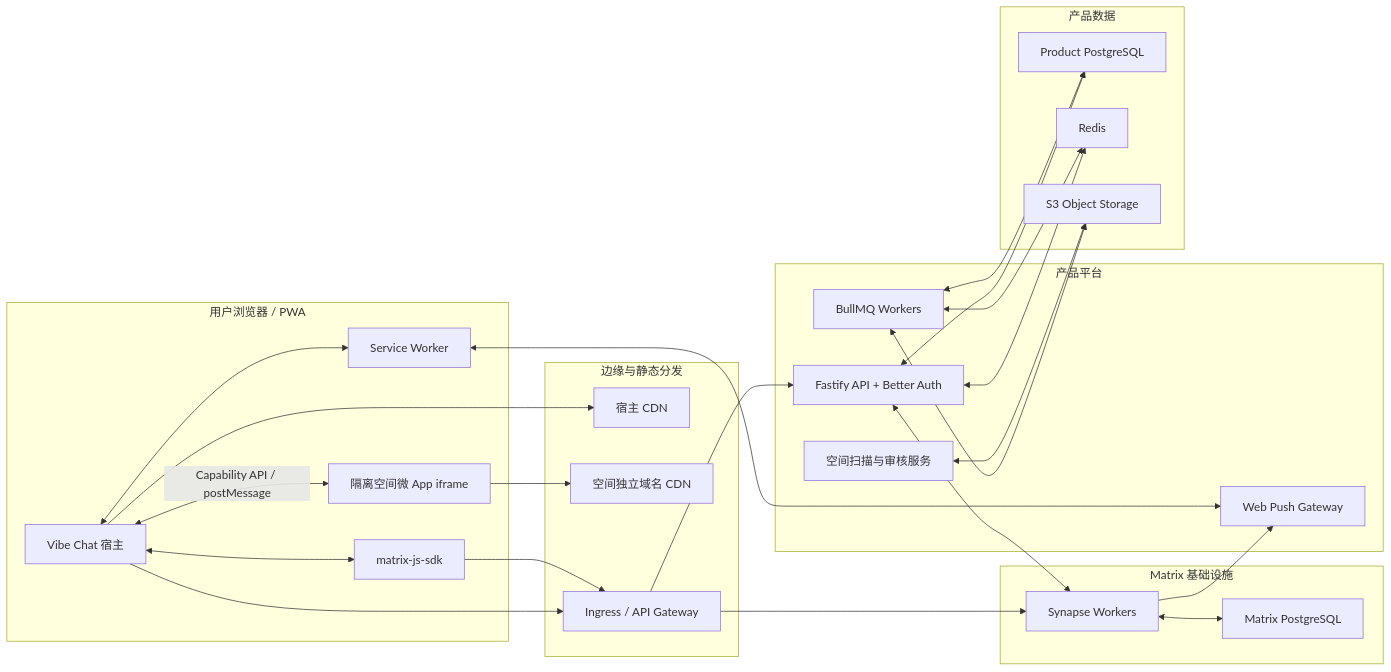
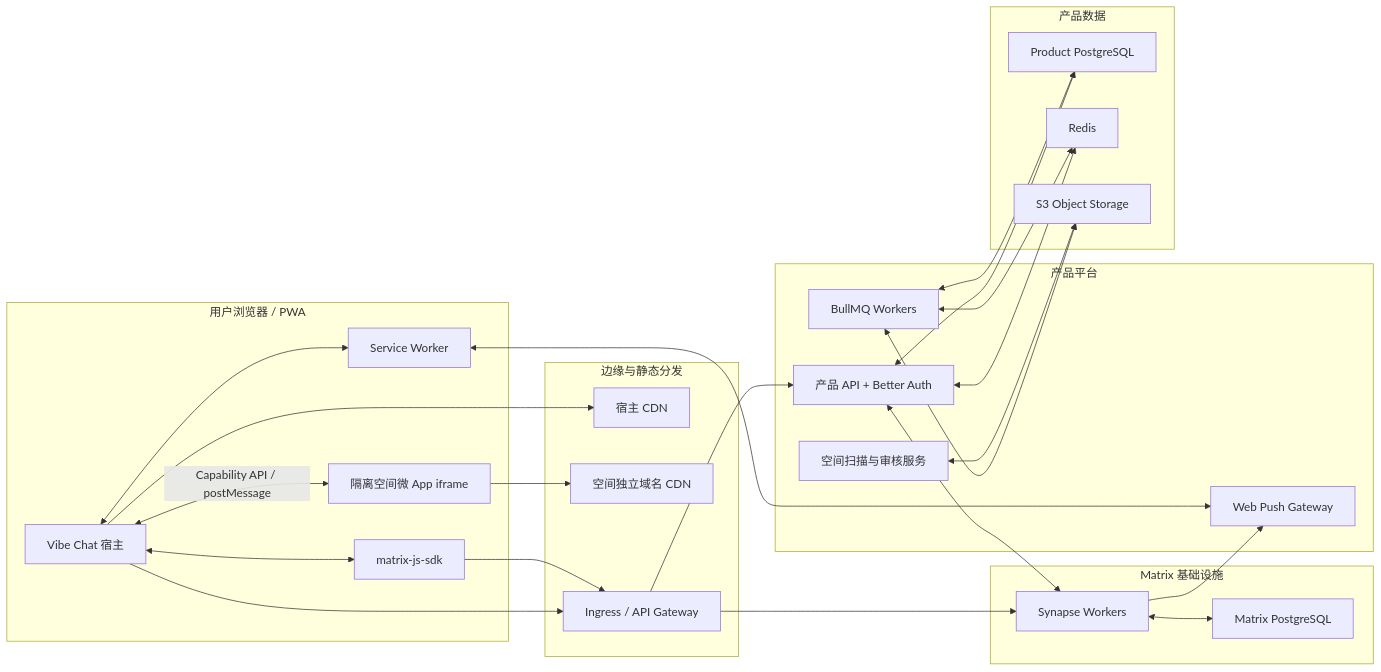
Before and after one commit to ziyu/vibechat: the first of 5 diagrams in docs/PRODUCT_AND_TECH_DESIGN.md, drawn with Mermaid. The commit also changed other lines of this file, not shown here.

Commit message:
docs: update product API schema decisions

````diff
--- a/docs/PRODUCT_AND_TECH_DESIGN.md
+++ b/docs/PRODUCT_AND_TECH_DESIGN.md
@@ -213,51 +209,51 @@
 ```mermaid
 flowchart LR
     subgraph Browser["用户浏览器 / PWA"]
         Host["Vibe Chat 宿主"]
         MatrixSDK["matrix-js-sdk"]
         SpaceFrame["隔离空间微 App iframe"]
         SW["Service Worker"]
         Host <--> MatrixSDK
         Host <-->|"Capability API / postMessage"| SpaceFrame
         Host <--> SW
     end
 
     subgraph Edge["边缘与静态分发"]
         HostCDN["宿主 CDN"]
         SpaceCDN["空间独立域名 CDN"]
         Gateway["Ingress / API Gateway"]
     end
 
     subgraph Product["产品平台"]
-        API["Fastify API + Better Auth"]
+        API["产品 API + Better Auth"]
         Workers["BullMQ Workers"]
         Push["Web Push Gateway"]
         Scanner["空间扫描与审核服务"]
     end
 
     subgraph Matrix["Matrix 基础设施"]
         Synapse["Synapse Workers"]
         MatrixDB["Matrix PostgreSQL"]
     end
 
     subgraph Data["产品数据"]
         ProductDB["Product PostgreSQL"]
         Redis["Redis"]
         ObjectStore["S3 Object Storage"]
     end
 
     Host --> HostCDN
     SpaceFrame --> SpaceCDN
     Host --> Gateway --> API
     MatrixSDK --> Gateway --> Synapse
     SW <--> Push
     API <--> ProductDB
     API <--> Redis
     API <--> Synapse
     Workers <--> Redis
     Workers <--> ProductDB
     Workers <--> ObjectStore
     Scanner <--> ObjectStore
     Synapse <--> MatrixDB
     Synapse --> Push
 ```
````
